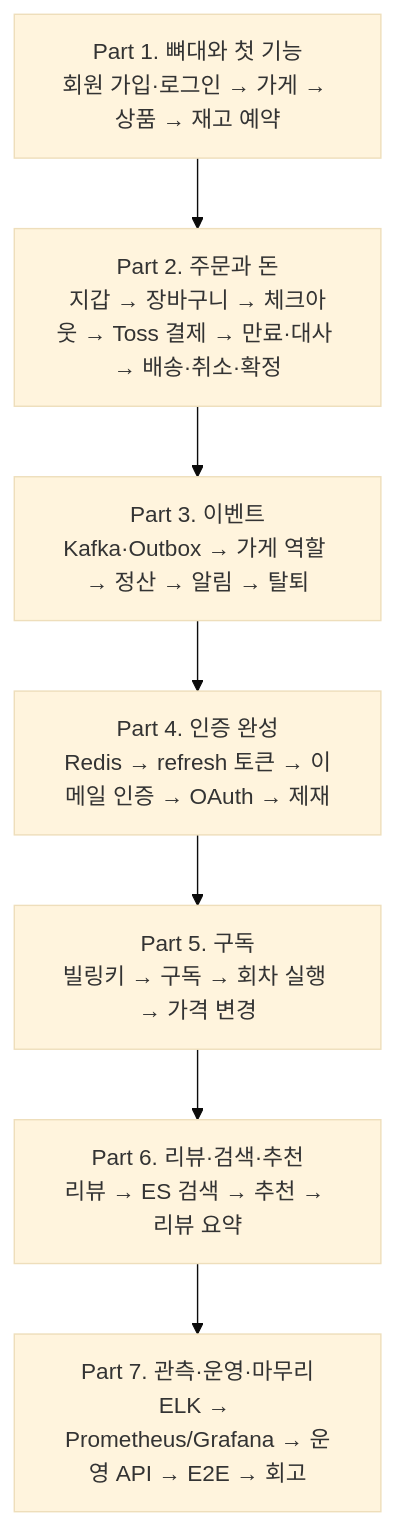
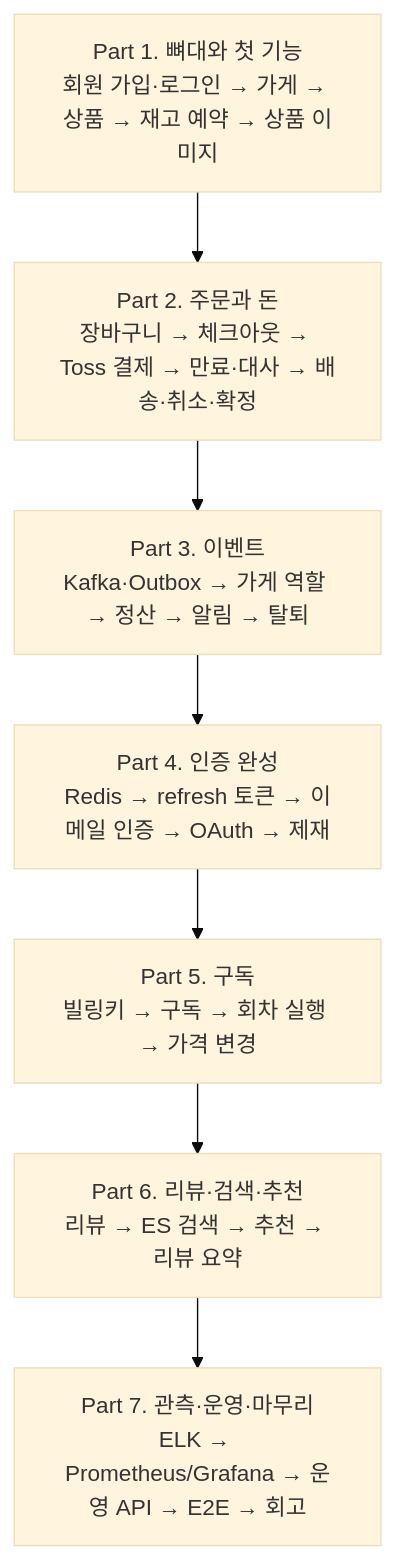
The diagram in docs/03-roadmap/README.md (95twan/myroutine-v2), drawn with Mermaid (base theme) before and after one commit. The commit also changed other lines of this file and 27 other files, not shown here.

````diff
--- a/docs/03-roadmap/README.md
+++ b/docs/03-roadmap/README.md
@@ -28,11 +30,11 @@
 ```mermaid
 flowchart TB
-  P1["Part 1. 뼈대와 첫 기능<br/>회원 가입·로그인 → 가게 → 상품 → 재고 예약"]
-  P2["Part 2. 주문과 돈<br/>지갑 → 장바구니 → 체크아웃 → Toss 결제 → 만료·대사 → 배송·취소·확정"]
+  P1["Part 1. 뼈대와 첫 기능<br/>회원 가입·로그인 → 가게 → 상품 → 재고 예약 → 상품 이미지"]
+  P2["Part 2. 주문과 돈<br/>장바구니 → 체크아웃 → Toss 결제 → 만료·대사 → 배송·취소·확정"]
   P3["Part 3. 이벤트<br/>Kafka·Outbox → 가게 역할 → 정산 → 알림 → 탈퇴"]
   P4["Part 4. 인증 완성<br/>Redis → refresh 토큰 → 이메일 인증 → OAuth → 제재"]
   P5["Part 5. 구독<br/>빌링키 → 구독 → 회차 실행 → 가격 변경"]
   P6["Part 6. 리뷰·검색·추천<br/>리뷰 → ES 검색 → 추천 → 리뷰 요약"]
   P7["Part 7. 관측·운영·마무리<br/>ELK → Prometheus/Grafana → 운영 API → E2E → 회고"]
   P1 --> P2 --> P3 --> P4 --> P5 --> P6 --> P7
 ```
````
